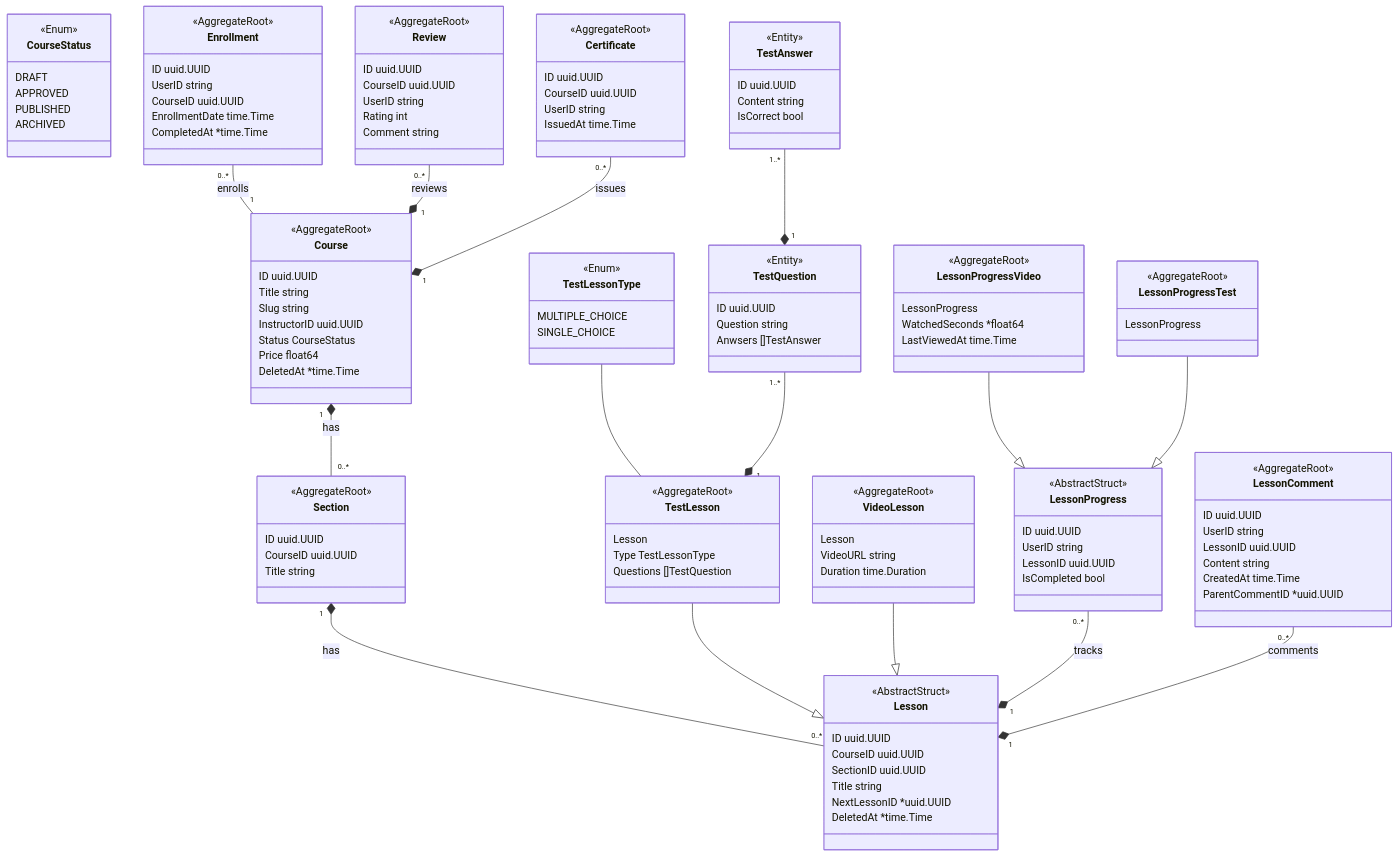
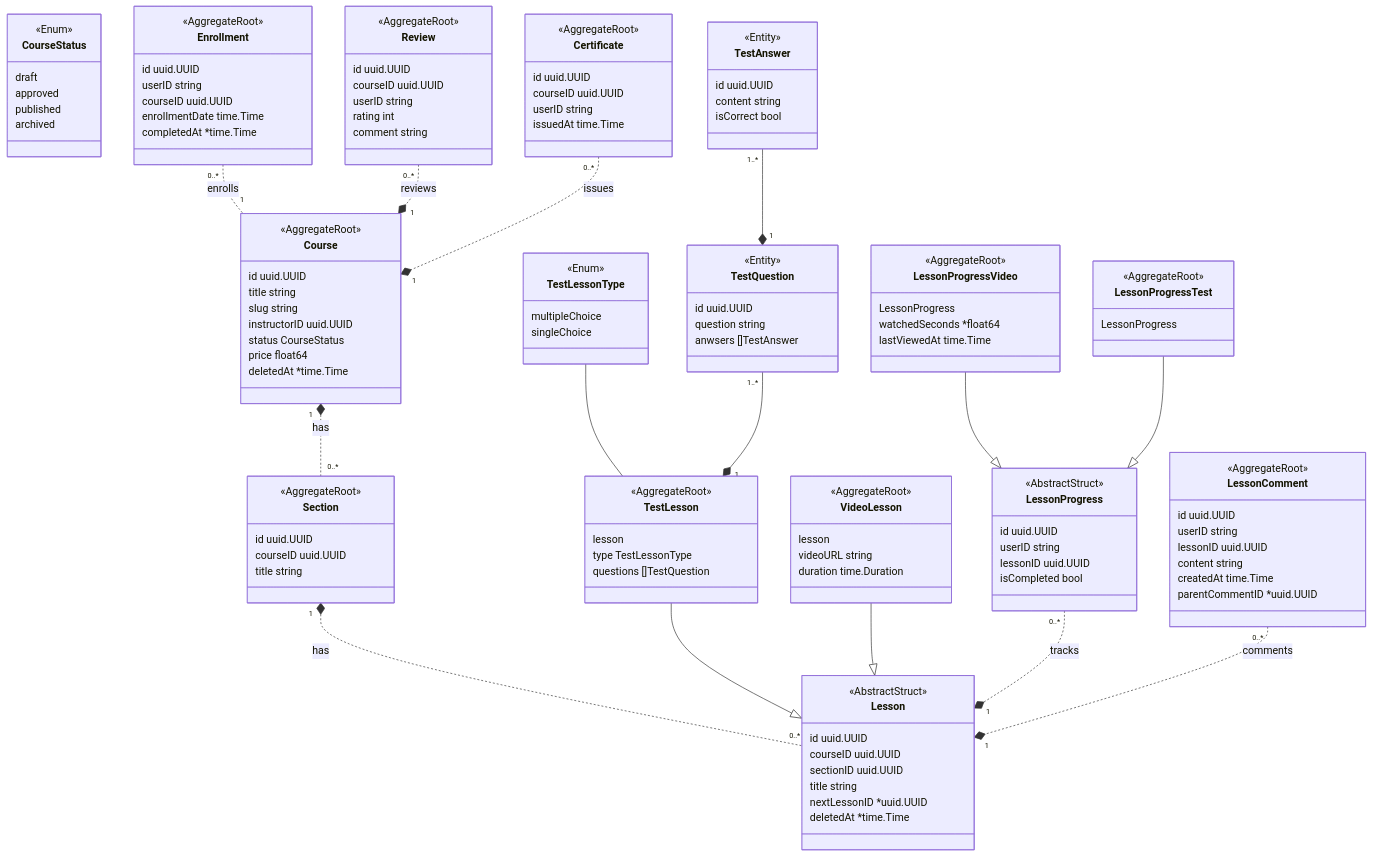
One commit to egolia-uit/egolia changed the first of 3 diagrams in docs/src/references/class-diagram.md. Above: the diagram before and after it, drawn with Mermaid. The commit also changed other lines of this file, not shown here.

````diff
--- a/docs/src/references/class-diagram.md
+++ b/docs/src/references/class-diagram.md
@@ -17,89 +17,89 @@
 classDiagram
     class CourseStatus {
         <<Enum>>
-        DRAFT
-        APPROVED
-        PUBLISHED
-        ARCHIVED
+        draft
+        approved
+        published
+        archived
     }
 
     class Course {
         <<AggregateRoot>>
-        ID uuid.UUID
-        Title string
-        Slug string
-        InstructorID uuid.UUID
-        Status CourseStatus
-        Price float64
-        DeletedAt *time.Time
+        id uuid.UUID
+        title string
+        slug string
+        instructorID uuid.UUID
+        status CourseStatus
+        price float64
+        deletedAt *time.Time
     }
 
     class Section {
         <<AggregateRoot>>
-        ID uuid.UUID
-        CourseID uuid.UUID
-        Title string
+        id uuid.UUID
+        courseID uuid.UUID
+        title string
     }
 
     class Lesson {
         <<AbstractStruct>>
-        ID uuid.UUID
-        CourseID uuid.UUID
-        SectionID uuid.UUID
-        Title string
-        NextLessonID *uuid.UUID
-        DeletedAt *time.Time
+        id uuid.UUID
+        courseID uuid.UUID
+        sectionID uuid.UUID
+        title string
+        nextLessonID *uuid.UUID
+        deletedAt *time.Time
     }
 
     class TestLesson {
         <<AggregateRoot>>
-        Lesson
-        Type TestLessonType
-        Questions []TestQuestion
+        lesson
+        type TestLessonType
+        questions []TestQuestion
     }
 
     class TestQuestion {
         <<Entity>>
-        ID uuid.UUID
-        Question string
-        Anwsers []TestAnswer
+        id uuid.UUID
+        question string
+        anwsers []TestAnswer
     }
 
     class TestAnswer {
         <<Entity>>
-        ID uuid.UUID
-        Content string
-        IsCorrect bool
+        id uuid.UUID
+        content string
+        isCorrect bool
     }
 
     class TestLessonType {
         <<Enum>>
-        MULTIPLE_CHOICE
-        SINGLE_CHOICE
+        multipleChoice
+        singleChoice
     }
 
     class VideoLesson {
         <<AggregateRoot>>
-        Lesson
-        VideoURL string
-        Duration time.Duration
+        lesson
+        videoURL string
+        duration time.Duration
     }
 
     class Enrollment {
         <<AggregateRoot>>
-        ID uuid.UUID
-        UserID string
-        CourseID uuid.UUID
-        EnrollmentDate time.Time
-        CompletedAt *time.Time
+        id uuid.UUID
+        userID string
+        courseID uuid.UUID
+        enrollmentDate time.Time
+        completedAt *time.Time
     }
 
     class LessonProgress {
         <<AbstractStruct>>
-        ID uuid.UUID
-        UserID string
-        LessonID uuid.UUID
-        IsCompleted bool
+        id uuid.UUID
+        userID string
+        lessonID uuid.UUID
+        isCompleted bool
     }
 
     class LessonProgressTest {
@@ -110,49 +110,49 @@
     class LessonProgressVideo {
         <<AggregateRoot>>
         LessonProgress
-        WatchedSeconds *float64
-        LastViewedAt time.Time
+        watchedSeconds *float64
+        lastViewedAt time.Time
     }
 
     class LessonComment {
         <<AggregateRoot>>
-        ID uuid.UUID
-        UserID string
-        LessonID uuid.UUID
-        Content string
-        CreatedAt time.Time
-        ParentCommentID *uuid.UUID
+        id uuid.UUID
+        userID string
+        lessonID uuid.UUID
+        content string
+        createdAt time.Time
+        parentCommentID *uuid.UUID
     }
 
     class Review {
         <<AggregateRoot>>
-        ID uuid.UUID
-        CourseID uuid.UUID
-        UserID string
-        Rating int
-        Comment string
+        id uuid.UUID
+        courseID uuid.UUID
+        userID string
+        rating int
+        comment string
     }
 
     class Certificate {
         <<AggregateRoot>>
-        ID uuid.UUID
-        CourseID uuid.UUID
-        UserID string
-        IssuedAt time.Time
+        id uuid.UUID
+        courseID uuid.UUID
+        userID string
+        issuedAt time.Time
     }
 
-    Course "1" *-- "0..*" Section : has
-    Section "1" *-- "0..*" Lesson : has
+    Course "1" *.. "0..*" Section : has
+    Section "1" *.. "0..*" Lesson : has
     TestLesson --|> Lesson
     VideoLesson --|> Lesson
     TestLessonType -- TestLesson
     TestQuestion "1..*" --* "1" TestLesson
     TestAnswer "1..*" --* "1" TestQuestion
-    Enrollment "0..*" -- "1" Course : enrolls
+    Enrollment "0..*" .. "1" Course : enrolls
     LessonProgressVideo --|> LessonProgress
     LessonProgressTest --|> LessonProgress
-    LessonProgress "0..*" --* "1" Lesson : tracks
-    Review "0..*" --* "1" Course : reviews
-    LessonComment "0..*" --* "1" Lesson : comments
-    Certificate "0..*" --* "1" Course : issues
+    LessonProgress "0..*" ..* "1" Lesson : tracks
+    Review "0..*" ..* "1" Course : reviews
+    LessonComment "0..*" ..* "1" Lesson : comments
+    Certificate "0..*" ..* "1" Course : issues
 ```
````
